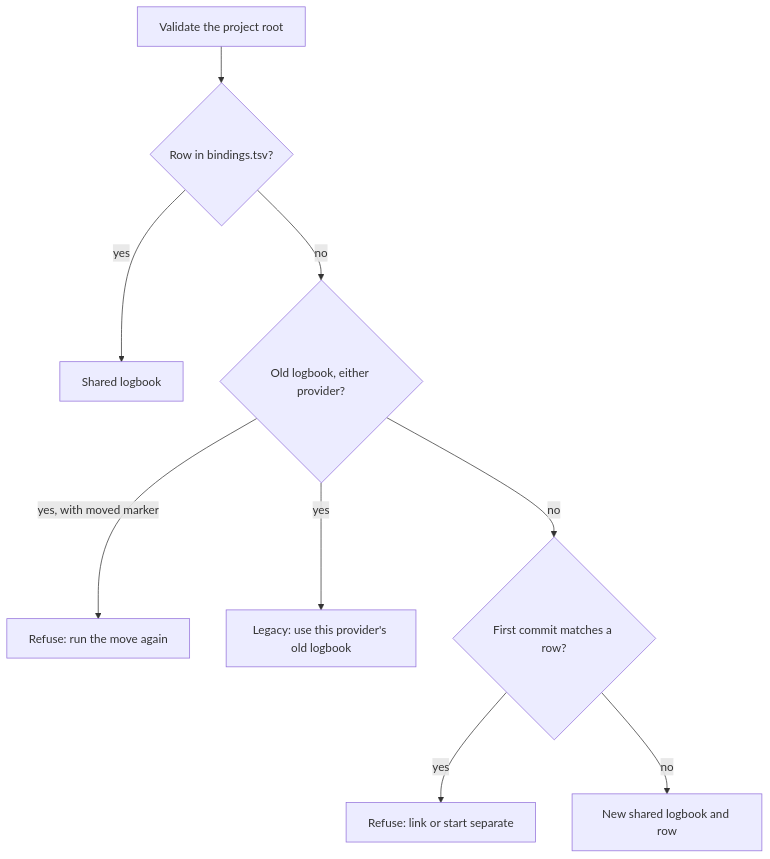
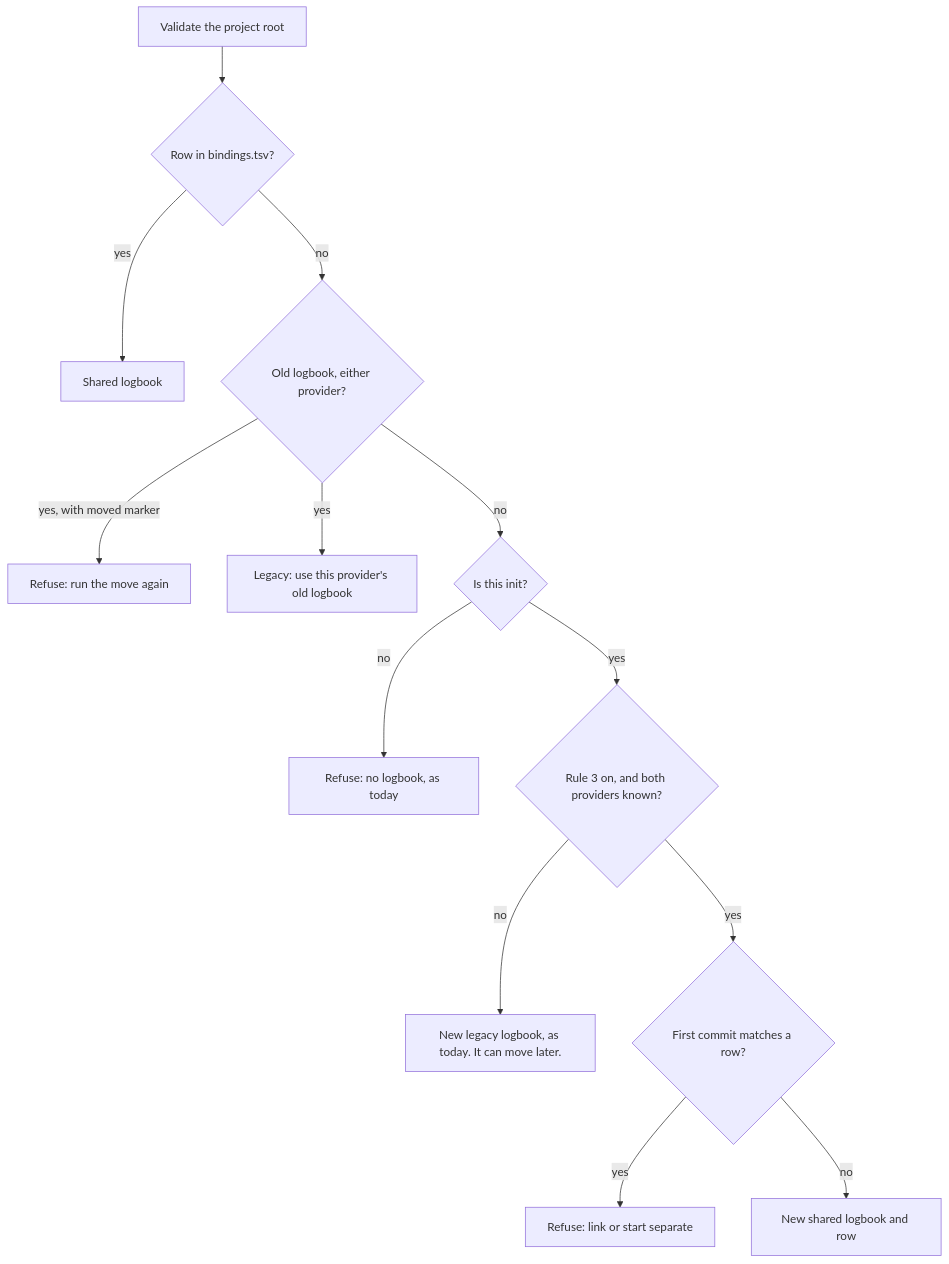
Before and after one commit to erickb336/sage: the second of 2 diagrams in design/T306/design-notes.md, drawn with Mermaid. The commit also changed other lines of this file and 1 other file, not shown here.

First line of the commit message:
Shared logbook design: apply the PE contract changes (T306)

````diff
--- a/design/T306/design-notes.md
+++ b/design/T306/design-notes.md
@@ -91,11 +153,15 @@
 ```mermaid
 flowchart TD
   A["Validate the project root"] --> R{"Row in bindings.tsv?"}
   R -- "yes" --> S["Shared logbook"]
   R -- "no" --> M{"Old logbook, either provider?"}
   M -- "yes, with moved marker" --> X["Refuse: run the move again"]
   M -- "yes" --> L["Legacy: use this provider's old logbook"]
-  M -- "no" --> F{"First commit matches a row?"}
+  M -- "no" --> I{"Is this init?"}
+  I -- "no" --> E["Refuse: no logbook, as today"]
+  I -- "yes" --> O{"Rule 3 on, and both providers known?"}
+  O -- "no" --> K["New legacy logbook, as today. It can move later."]
+  O -- "yes" --> F{"First commit matches a row?"}
   F -- "yes" --> Q["Refuse: link or start separate"]
   F -- "no" --> N["New shared logbook and row"]
 ```
````
